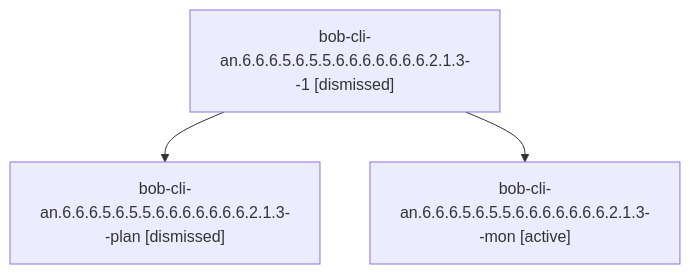
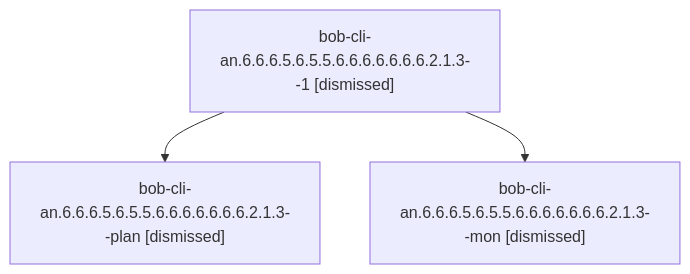
Before and after one commit to bobs-org/bob-cli--agents: the diagram in sessions/bbugyi200.athena.bob-cli-an.6.6.6.5.6.5.5.6.6.6.6.6.6.6.2.1.3.md, drawn with Mermaid. The commit also changed other lines of this file and 557 other files, not shown here.

````diff
--- a/sessions/bbugyi200.athena.bob-cli-an.6.6.6.5.6.5.5.6.6.6.6.6.6.6.2.1.3.md
+++ b/sessions/bbugyi200.athena.bob-cli-an.6.6.6.5.6.5.5.6.6.6.6.6.6.6.2.1.3.md
@@ -9,8 +9,8 @@
 ```mermaid
 flowchart TD
   n0["bob-cli-an.6.6.6.5.6.5.5.6.6.6.6.6.6.6.2.1.3--1 [dismissed]"]
   n1["bob-cli-an.6.6.6.5.6.5.5.6.6.6.6.6.6.6.2.1.3--plan [dismissed]"]
   n0 --> n1
-  n2["bob-cli-an.6.6.6.5.6.5.5.6.6.6.6.6.6.6.2.1.3--mon [active]"]
+  n2["bob-cli-an.6.6.6.5.6.5.5.6.6.6.6.6.6.6.2.1.3--mon [dismissed]"]
   n0 --> n2
 ```
````
